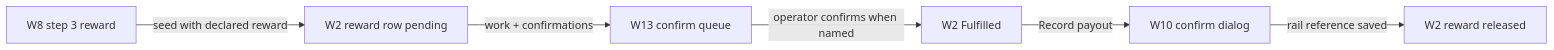
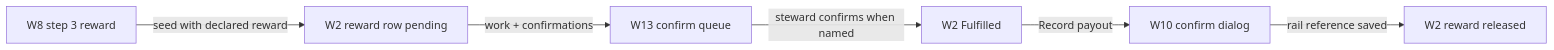
The tenth of 14 diagrams in .plans/active/commitment-pooling/prototypes.md (greenpill-dev-guild/green-goods), drawn with Mermaid before and after one commit. The commit also changed other lines of this file and 20 other files, not shown here.

````diff
--- a/.plans/active/commitment-pooling/prototypes.md
+++ b/.plans/active/commitment-pooling/prototypes.md
@@ -400,8 +402,8 @@
 ```mermaid
 flowchart LR
   A["W8 step 3 reward"] -->|"seed with declared reward"| B["W2 reward row pending"]
   B -->|"work + confirmations"| C["W13 confirm queue"]
-  C -->|"operator confirms when named"| D["W2 Fulfilled"]
+  C -->|"steward confirms when named"| D["W2 Fulfilled"]
   D -->|"Record payout"| E["W10 confirm dialog"]
   E -->|"rail reference saved"| F["W2 reward released"]
 ```
````
